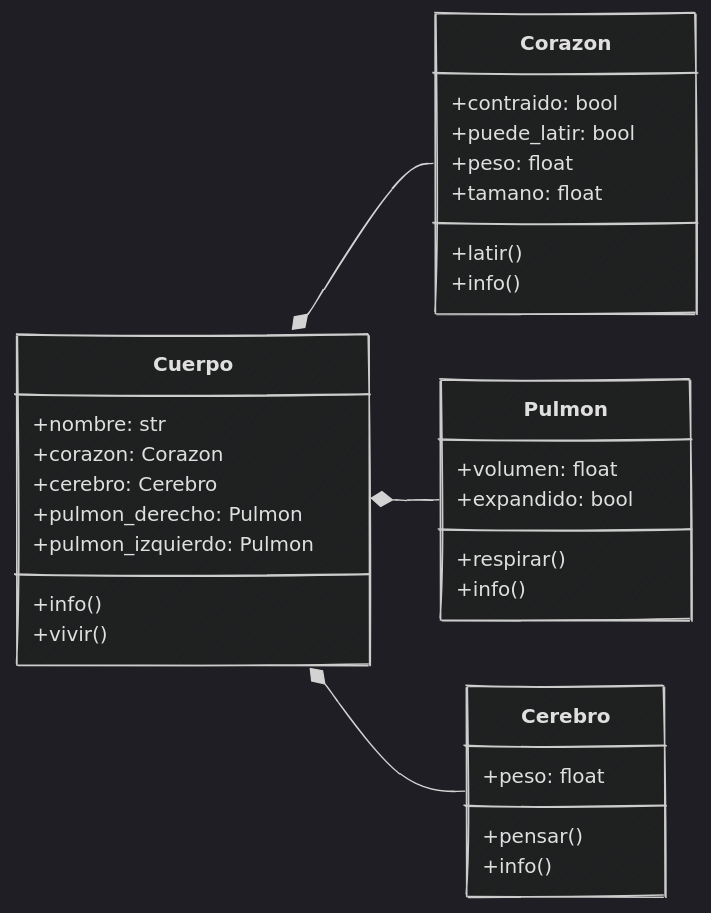
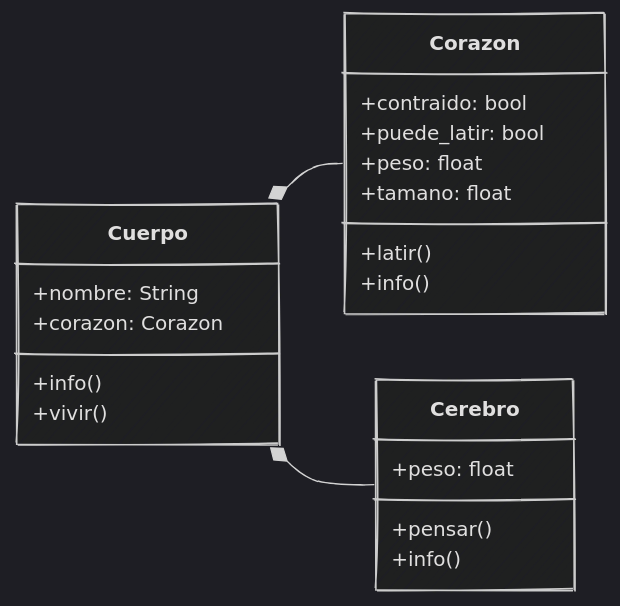
The sixth of 6 diagrams in content/sesion06/Readme.md (python-la-paz/python-study-group-oop), drawn with Mermaid before and after one commit. The commit also changed other lines of this file and 3 other files, not shown here.

````diff
--- a/content/sesion06/Readme.md
+++ b/content/sesion06/Readme.md
@@ -1156,37 +1257,26 @@
 ```mermaid
 %%{init: {"theme": "dark", "look": "handDrawn"  }}%%
 classDiagram
 direction LR
     class Corazon {
         +contraido: bool
         +puede_latir: bool
         +peso: float
         +tamano: float
         +latir()
         +info()
     }
-    class Pulmon {
-        +volumen: float
-        +expandido: bool
-        +respirar()
-        +info()
-    }
     class Cerebro {
         +peso: float
         +pensar()
         +info()
     }
     class Cuerpo {
-        +nombre: str
+        +nombre: String
         +corazon: Corazon
-        +cerebro: Cerebro
-        +pulmon_derecho: Pulmon
-        +pulmon_izquierdo: Pulmon
         +info()
         +vivir()
     }
-
     Cuerpo *-- Corazon
-    Cuerpo *-- Pulmon
     Cuerpo *-- Cerebro
 ```
````
